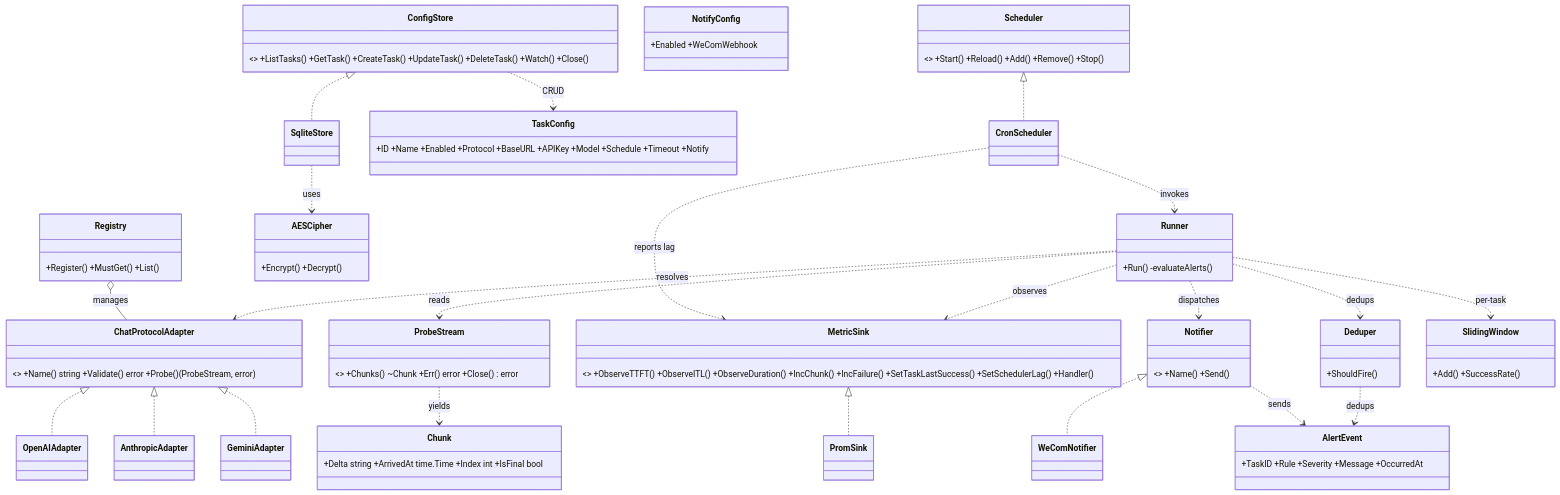
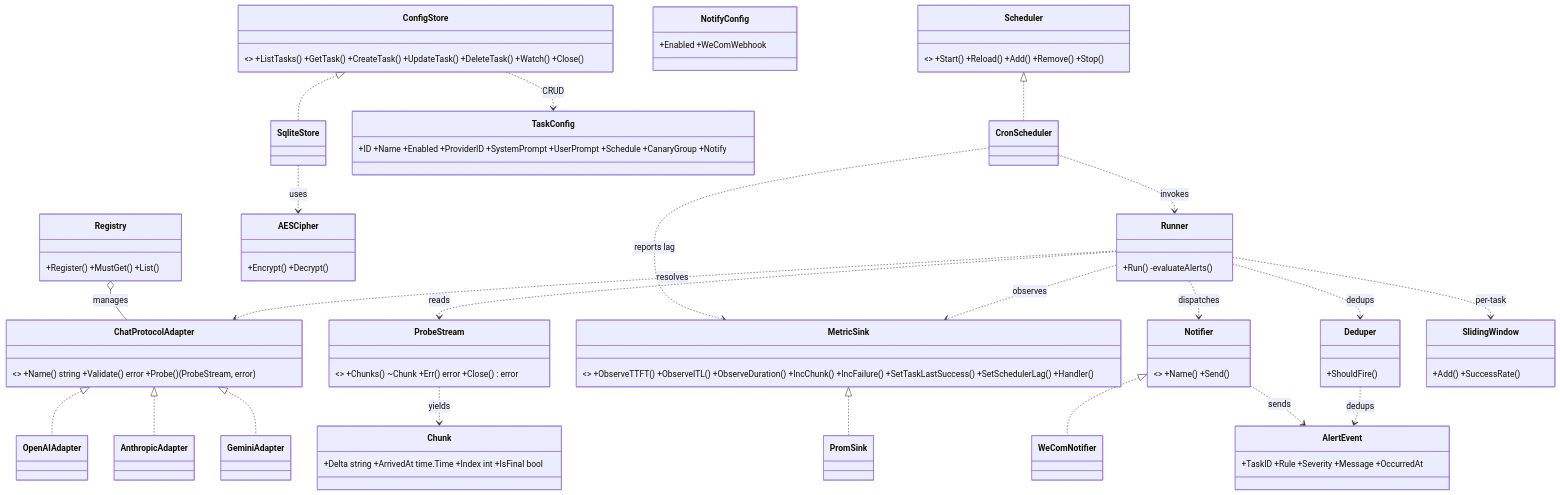
Before and after one commit to angryang/ai-monitor: the sixth of 6 diagrams in docs/design.md, drawn with Mermaid. The commit also changed other lines of this file and 78 other files, not shown here.

````diff
--- a/docs/design.md
+++ b/docs/design.md
@@ -2056,56 +2646,56 @@
 ```mermaid
 classDiagram
     class ChatProtocolAdapter {<<interface>> +Name() string +Validate() error +Probe() (ProbeStream, error)}
     class ProbeStream {<<interface>> +Chunks() ~Chunk +Err() error +Close() error}
     class Chunk {+Delta string +ArrivedAt time.Time +Index int +IsFinal bool}
     class OpenAIAdapter
     class AnthropicAdapter
     class GeminiAdapter
     class Registry {+Register() +MustGet() +List()}
 
     class ConfigStore {<<interface>> +ListTasks() +GetTask() +CreateTask() +UpdateTask() +DeleteTask() +Watch() +Close()}
     class SqliteStore
-    class TaskConfig {+ID +Name +Enabled +Protocol +BaseURL +APIKey +Model +Schedule +Timeout +Notify}
+    class TaskConfig {+ID +Name +Enabled +ProviderID +SystemPrompt +UserPrompt +Schedule +CanaryGroup +Notify}
     class NotifyConfig {+Enabled +WeComWebhook}
     class AESCipher {+Encrypt() +Decrypt()}
 
     class MetricSink {<<interface>> +ObserveTTFT() +ObserveITL() +ObserveDuration() +IncChunk() +IncFailure() +SetTaskLastSuccess() +SetSchedulerLag() +Handler()}
     class PromSink
 
     class Notifier {<<interface>> +Name() +Send()}
     class WeComNotifier
     class Deduper {+ShouldFire()}
     class AlertEvent {+TaskID +Rule +Severity +Message +OccurredAt}
 
     class Scheduler {<<interface>> +Start() +Reload() +Add() +Remove() +Stop()}
     class CronScheduler
     class Runner {+Run() -evaluateAlerts()}
     class SlidingWindow {+Add() +SuccessRate()}
 
     ChatProtocolAdapter <|.. OpenAIAdapter
     ChatProtocolAdapter <|.. AnthropicAdapter
     ChatProtocolAdapter <|.. GeminiAdapter
     ProbeStream ..> Chunk : yields
     Registry o-- ChatProtocolAdapter : manages
 
     ConfigStore <|.. SqliteStore
     SqliteStore ..> AESCipher : uses
     ConfigStore ..> TaskConfig : CRUD
 
     MetricSink <|.. PromSink
 
     Notifier <|.. WeComNotifier
     Notifier ..> AlertEvent : sends
     Deduper ..> AlertEvent : dedups
 
     Scheduler <|.. CronScheduler
     CronScheduler ..> Runner : invokes
     CronScheduler ..> MetricSink : reports lag
 
     Runner ..> ChatProtocolAdapter : resolves
     Runner ..> ProbeStream : reads
     Runner ..> MetricSink : observes
     Runner ..> Notifier : dispatches
     Runner ..> Deduper : dedups
     Runner ..> SlidingWindow : per-task
 ```
````
